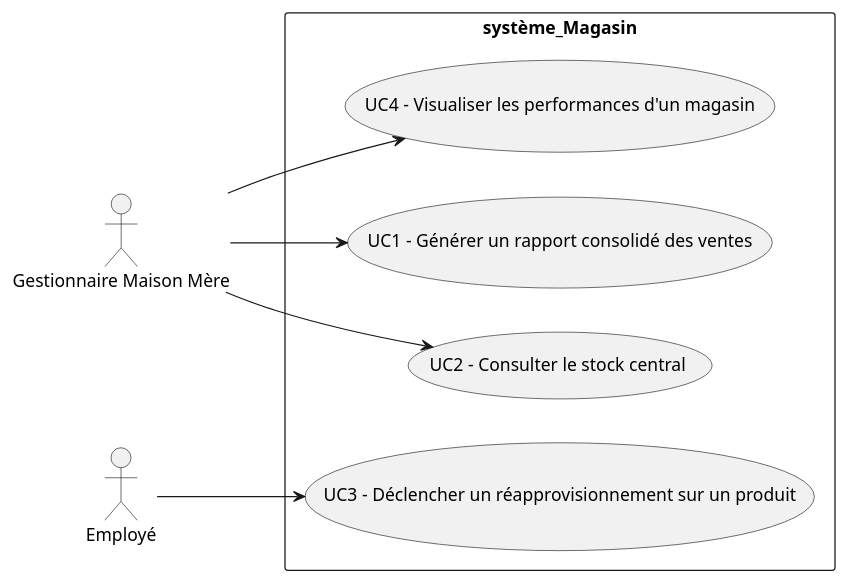
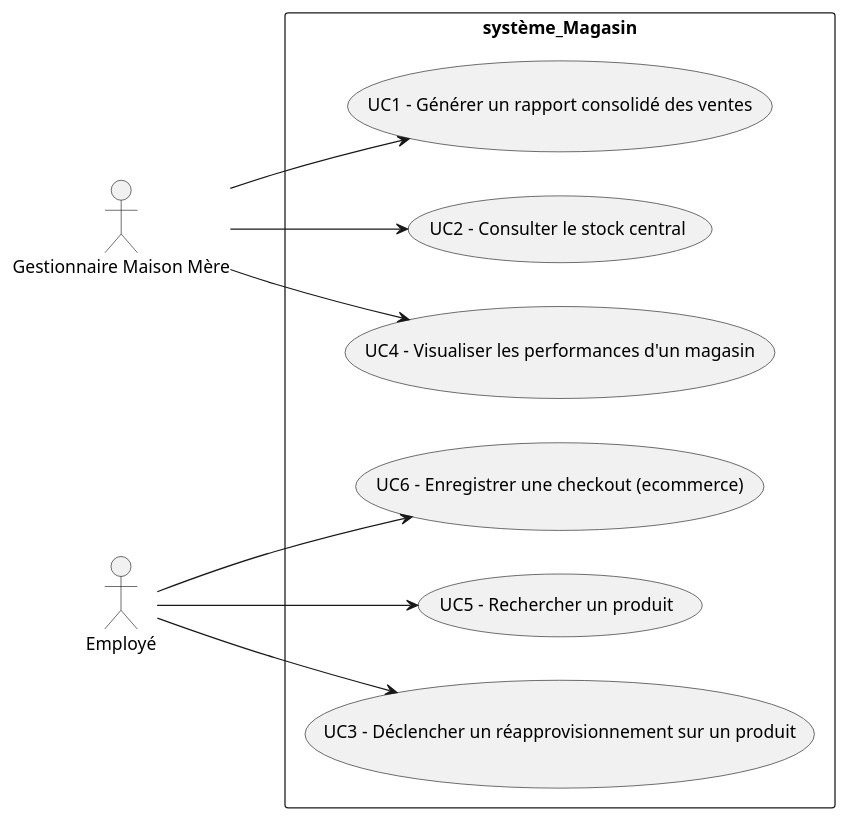
Before and after one commit to LojanArunasalam/LOG430-Lab5: the diagram in docs/diagrams/use_case_diagram.puml, drawn with PlantUML. The commit also changed 14 other files, not shown here.

```diff
--- a/docs/diagrams/use_case_diagram.puml
+++ b/docs/diagrams/use_case_diagram.puml
@@ -1,15 +1,19 @@
 @startuml
 left to right direction
 actor "Gestionnaire Maison Mère" as gestionnaire 
 actor "Employé" as user
 rectangle système_Magasin {
   usecase "UC1 - Générer un rapport consolidé des ventes" as UC1
   usecase "UC2 - Consulter le stock central" as UC2
   usecase "UC3 - Déclencher un réapprovisionnement sur un produit" as UC3
   usecase "UC4 - Visualiser les performances d'un magasin" as UC4
+  usecase "UC5 - Rechercher un produit" as UC5
+  usecase "UC6 - Enregistrer une checkout (ecommerce)" as UC6
 }
 gestionnaire --> UC1
 gestionnaire --> UC2
 user --> UC3
 gestionnaire --> UC4
+user --> UC5
+user --> UC6
 @enduml
```
